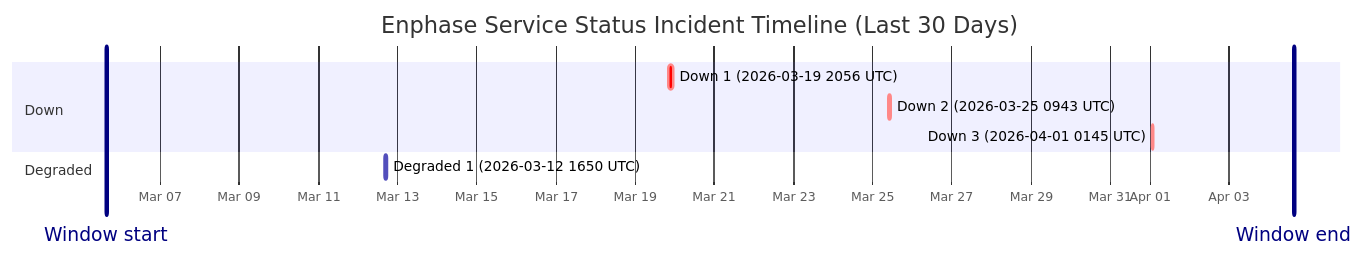
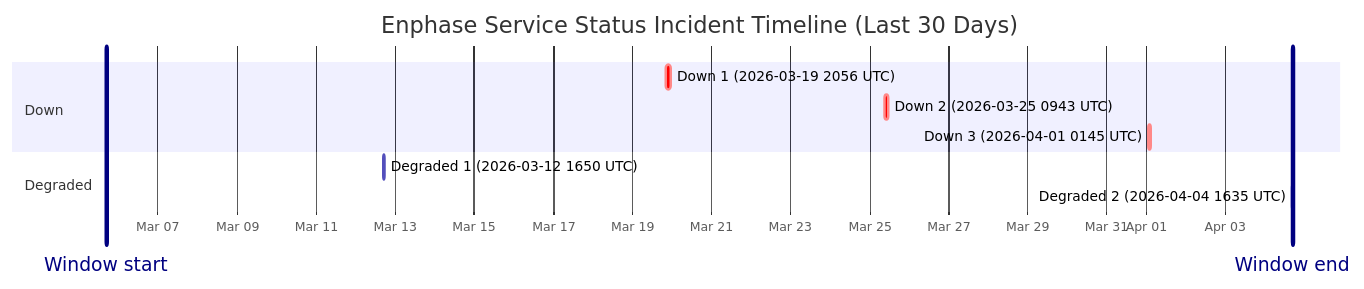
Before and after one commit to barneyonline/ha-enphase-ev-charger: the diagram in wiki/Service-Status-History.md, drawn with Mermaid. The commit also changed other lines of this file and 4 other files, not shown here.

````diff
--- a/wiki/Service-Status-History.md
+++ b/wiki/Service-Status-History.md
@@ -14,14 +14,15 @@
 ```mermaid
 gantt
     title Enphase Service Status Incident Timeline (Last 30 Days)
     dateFormat  YYYY-MM-DDTHH:mm:ss
     axisFormat  %b %d
-    Window start :vert, window-start, 2026-03-05T15:31:05, 0ms
-    Window end :vert, window-end, 2026-04-04T15:31:05, 0ms
+    Window start :vert, window-start, 2026-03-05T16:35:17, 0ms
+    Window end :vert, window-end, 2026-04-04T16:35:17, 0ms
     section Down
     Down 1 (2026-03-19 2056 UTC) :crit, down-1, 2026-03-19T20:56:20, 145m
     Down 2 (2026-03-25 0943 UTC) :crit, down-2, 2026-03-25T09:43:28, 111m
     Down 3 (2026-04-01 0145 UTC) :crit, down-3, 2026-04-01T01:45:09, 60m
     section Degraded
     Degraded 1 (2026-03-12 1650 UTC) :active, degraded-1, 2026-03-12T16:50:43, 60m
+    Degraded 2 (2026-04-04 1635 UTC) :active, degraded-2, 2026-04-04T16:35:17, 60m
 ```
````
